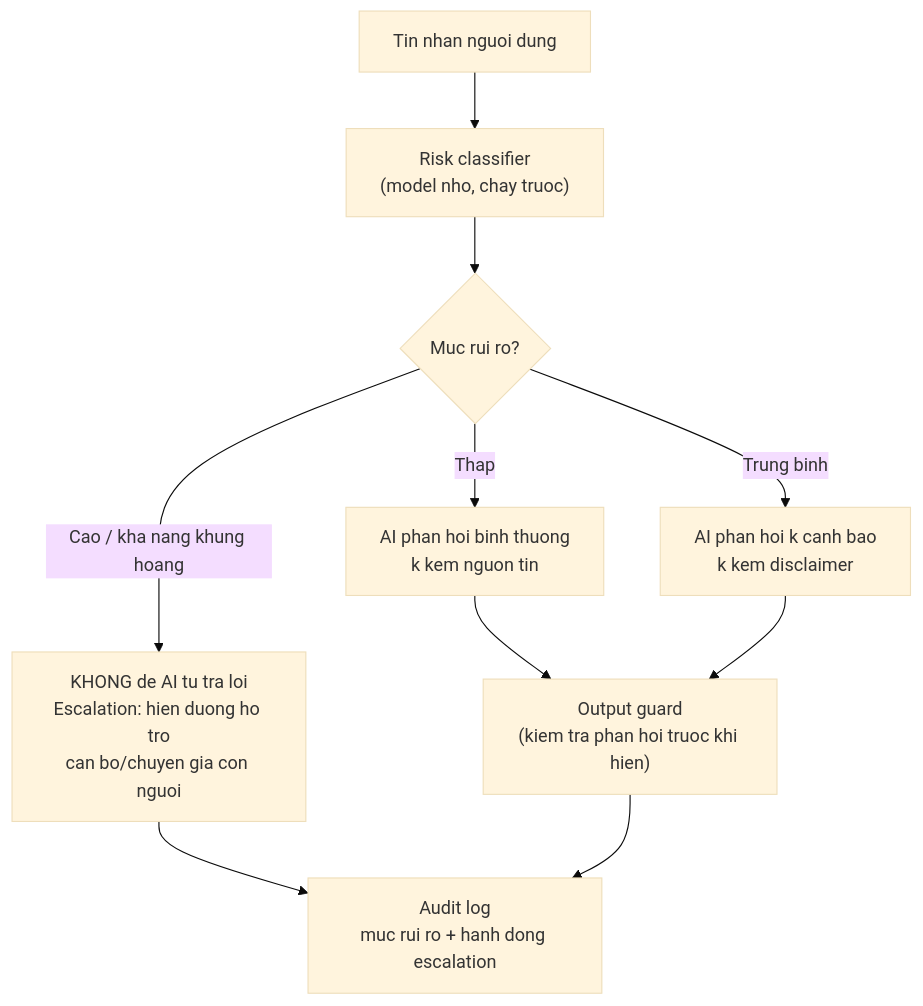
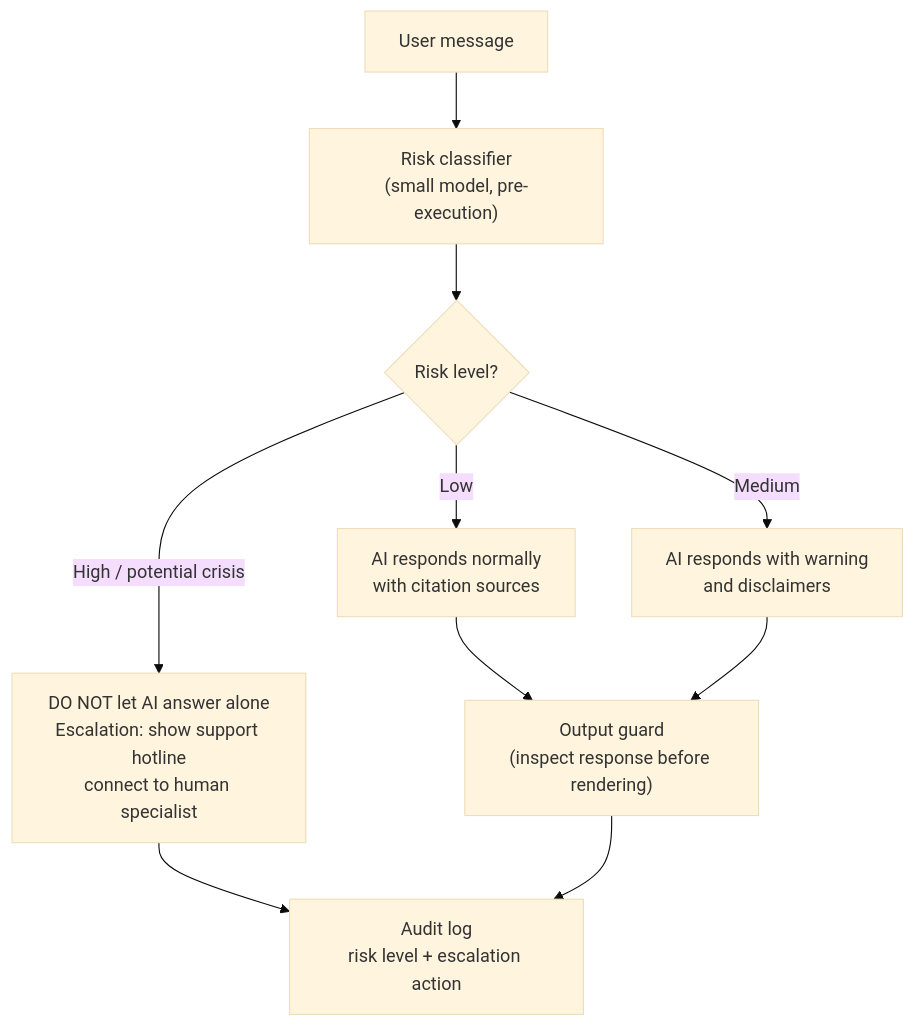
Before and after one commit to Dokhacgiakhoa/Project-Builder-4-Agents: the second of 2 diagrams in knowledge-base/technical-book/chapter-11.md, drawn with Mermaid (base theme). The commit also changed other lines of this file and 62 other files, not shown here.

````diff
--- a/knowledge-base/technical-book/chapter-11.md
+++ b/knowledge-base/technical-book/chapter-11.md
@@ -201,12 +202,12 @@
 ```mermaid
 flowchart TD
-    A["Tin nhan nguoi dung"] --> B["Risk classifier<br/>(model nho, chay truoc)"]
-    B --> C{"Muc rui ro?"}
-    C -- "Thap" --> D["AI phan hoi binh thuong<br/>k kem nguon tin"]
-    C -- "Trung binh" --> E["AI phan hoi k canh bao<br/>k kem disclaimer"]
-    C -- "Cao / kha nang khung hoang" --> F["KHONG de AI tu tra loi<br/>Escalation: hien duong ho tro<br/>can bo/chuyen gia con nguoi"]
-    D --> G["Output guard<br/>(kiem tra phan hoi truoc khi hien)"]
+    A["User message"] --> B["Risk classifier<br/>(small model, pre-execution)"]
+    B --> C{"Risk level?"}
+    C -- "Low" --> D["AI responds normally<br/>with citation sources"]
+    C -- "Medium" --> E["AI responds with warning<br/>and disclaimers"]
+    C -- "High / potential crisis" --> F["DO NOT let AI answer alone<br/>Escalation: show support hotline<br/>connect to human specialist"]
+    D --> G["Output guard<br/>(inspect response before rendering)"]
     E --> G
-    F --> H["Audit log<br/>muc rui ro + hanh dong escalation"]
+    F --> H["Audit log<br/>risk level + escalation action"]
     G --> H
 ```
````
